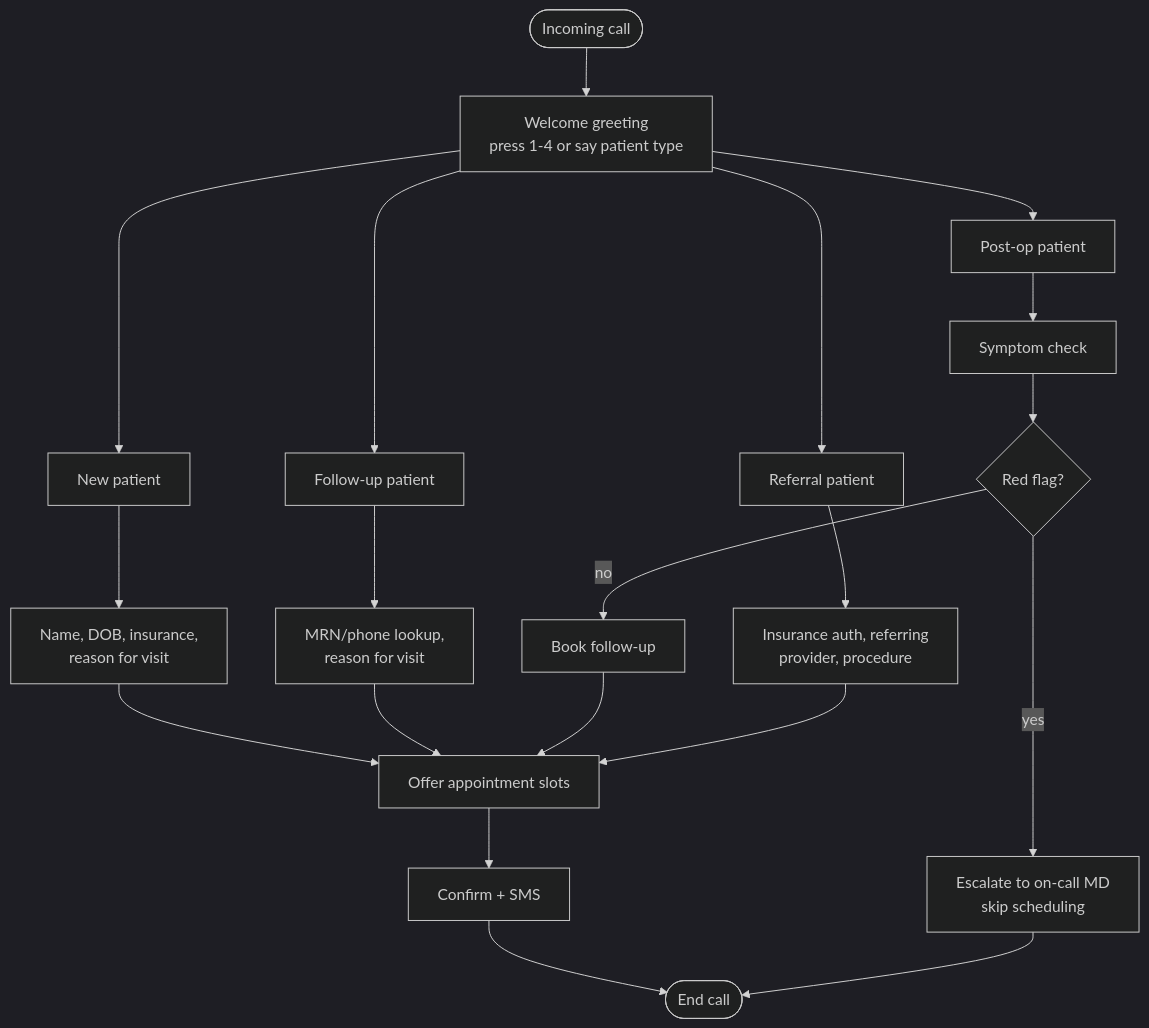
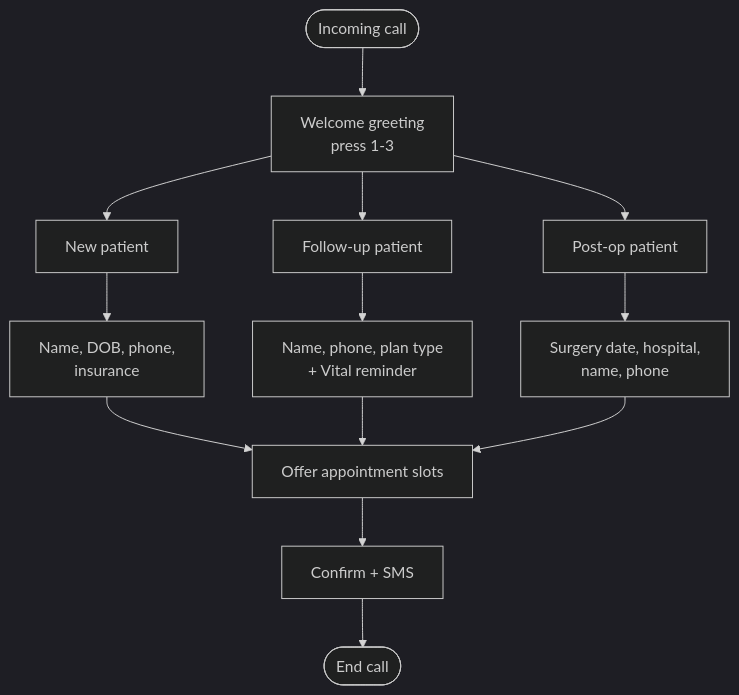
Before and after one commit to HiddenDevelop/hybrid-ivr-ai-receptionist: the diagram in CLAUDE.md, drawn with Mermaid (dark theme). The commit also changed other lines of this file and 34 other files, not shown here.

````diff
--- a/CLAUDE.md
+++ b/CLAUDE.md
@@ -75,24 +94,17 @@
 ```mermaid
 graph TD
-    Start([Incoming call]) --> Greeting[Welcome greeting<br/>press 1-4 or say patient type]
+    Start([Incoming call]) --> Greeting[Welcome greeting<br/>press 1-3]
     Greeting --> New[New patient]
     Greeting --> Follow[Follow-up patient]
     Greeting --> Post[Post-op patient]
-    Greeting --> Ref[Referral patient]
 
-    New --> NewFields[Name, DOB, insurance,<br/>reason for visit]
-    Follow --> FollowFields[MRN/phone lookup,<br/>reason for visit]
-    Post --> Symptoms[Symptom check]
-    Symptoms --> Triage{Red flag?}
-    Triage -->|yes| Escalate[Escalate to on-call MD<br/>skip scheduling]
-    Triage -->|no| PostFields[Book follow-up]
-    Ref --> RefFields[Insurance auth, referring<br/>provider, procedure]
+    New --> NewFields[Name, DOB, phone,<br/>insurance]
+    Follow --> FollowFields[Name, phone, plan type<br/>+ Vital reminder]
+    Post --> PostFields[Surgery date, hospital,<br/>name, phone]
 
     NewFields --> Slots[Offer appointment slots]
     FollowFields --> Slots
     PostFields --> Slots
-    RefFields --> Slots
     Slots --> Confirm[Confirm + SMS]
     Confirm --> End([End call])
-    Escalate --> End
 ```
````
